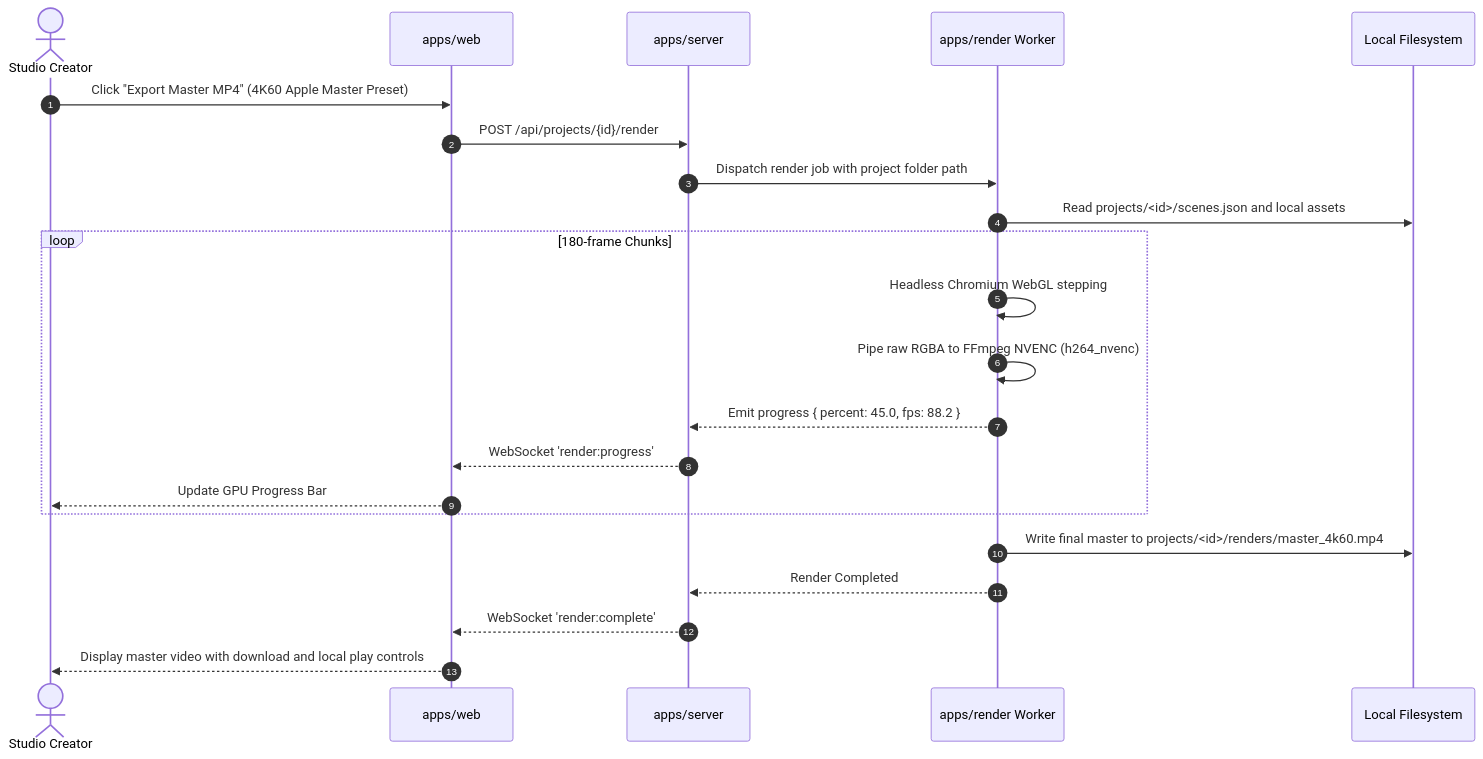
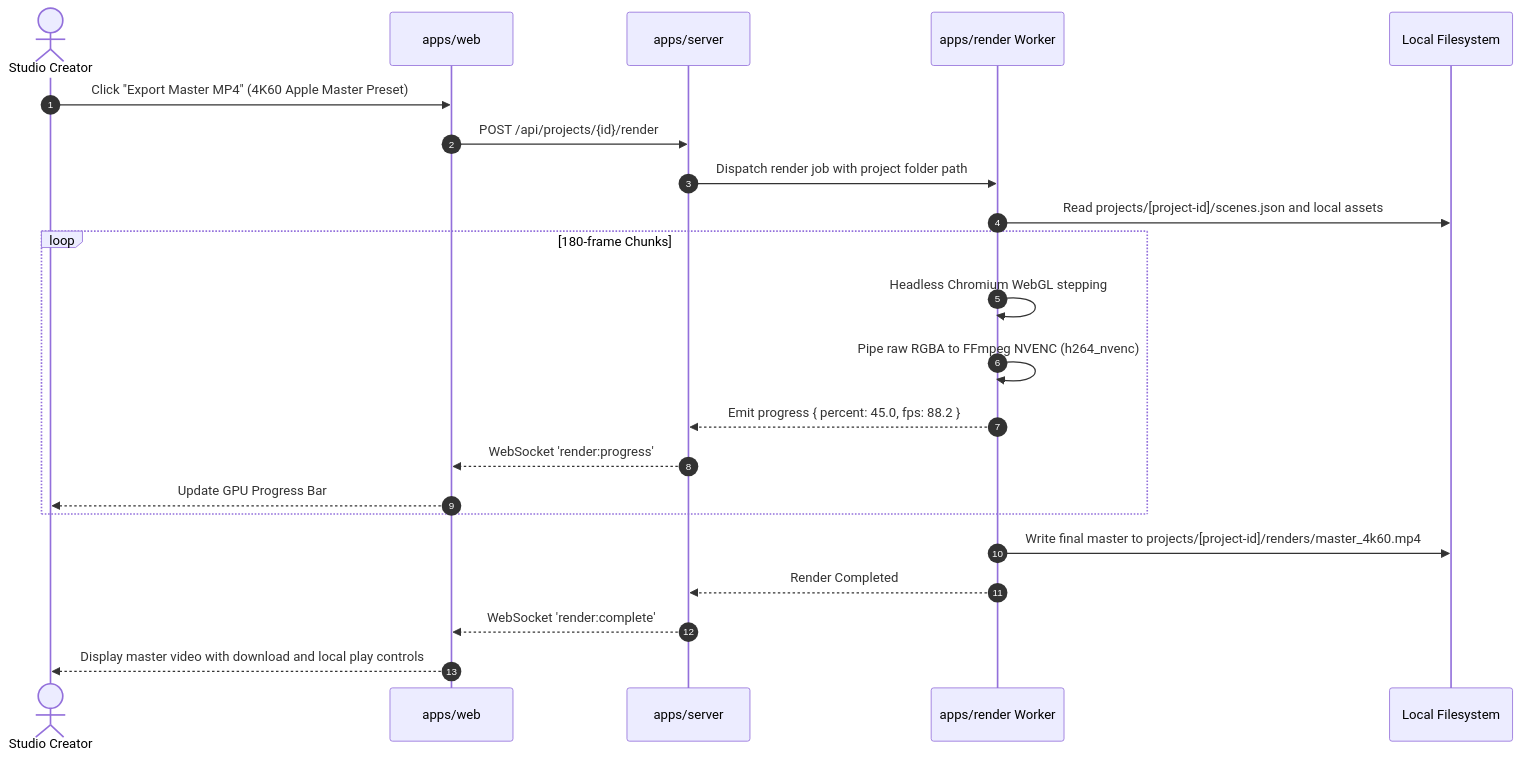
Before and after one commit to hoanglong2206/Video-Tool: the fourth of 5 diagrams in docs/architecture/DATA_FLOW.md, drawn with Mermaid. The commit also changed other lines of this file and 8 other files, not shown here.

First line of the commit message:
fix(docs): fix Mermaid diagram syntax errors and unescaped tags

````diff
--- a/docs/architecture/DATA_FLOW.md
+++ b/docs/architecture/DATA_FLOW.md
@@ -90,25 +90,25 @@
 ```mermaid
 sequenceDiagram
     autonumber
     actor Creator as Studio Creator
     participant Web as apps/web
     participant API as apps/server
     participant Render as apps/render Worker
     participant FS as Local Filesystem
 
     Creator->>Web: Click "Export Master MP4" (4K60 Apple Master Preset)
     Web->>API: POST /api/projects/{id}/render
     API->>Render: Dispatch render job with project folder path
-    Render->>FS: Read projects/<id>/scenes.json and local assets
+    Render->>FS: Read projects/[project-id]/scenes.json and local assets
     loop 180-frame Chunks
         Render->>Render: Headless Chromium WebGL stepping
         Render->>Render: Pipe raw RGBA to FFmpeg NVENC (h264_nvenc)
         Render-->>API: Emit progress { percent: 45.0, fps: 88.2 }
         API-->>Web: WebSocket 'render:progress'
         Web-->>Creator: Update GPU Progress Bar
     end
-    Render->>FS: Write final master to projects/<id>/renders/master_4k60.mp4
+    Render->>FS: Write final master to projects/[project-id]/renders/master_4k60.mp4
     Render-->>API: Render Completed
     API-->>Web: WebSocket 'render:complete'
     Web-->>Creator: Display master video with download and local play controls
 ```
````
